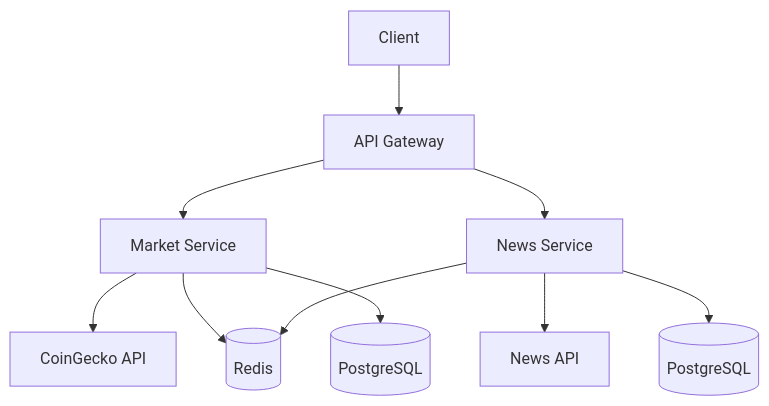
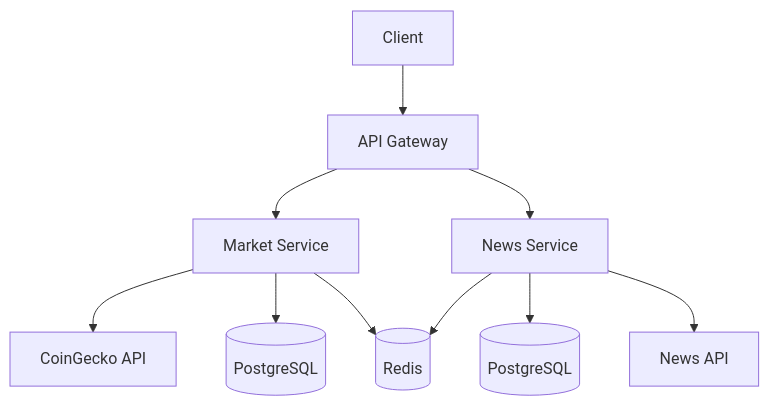
The diagram in README.md (LoCh3f/orbital), drawn with Mermaid before and after one commit. The commit also changed other lines of this file, not shown here.

Commit message:
chore: updated diagram in the readme

````diff
--- a/README.md
+++ b/README.md
@@ -41,12 +41,12 @@
 ```mermaid
 graph TB
     Client[Client] --> Gateway[API Gateway]
     Gateway --> Market[Market Service]
     Gateway --> News[News Service]
     Market --> CoinGecko[CoinGecko API]
-    News --> NewsAPI[News API]
+    Market --> PostgresM[(PostgreSQL)]
     Market --> Redis[(Redis)]
     News --> Redis
-    Market --> PostgresM[(PostgreSQL)]
     News --> PostgresN[(PostgreSQL)]
+    News --> NewsAPI[News API]
 ```
````
